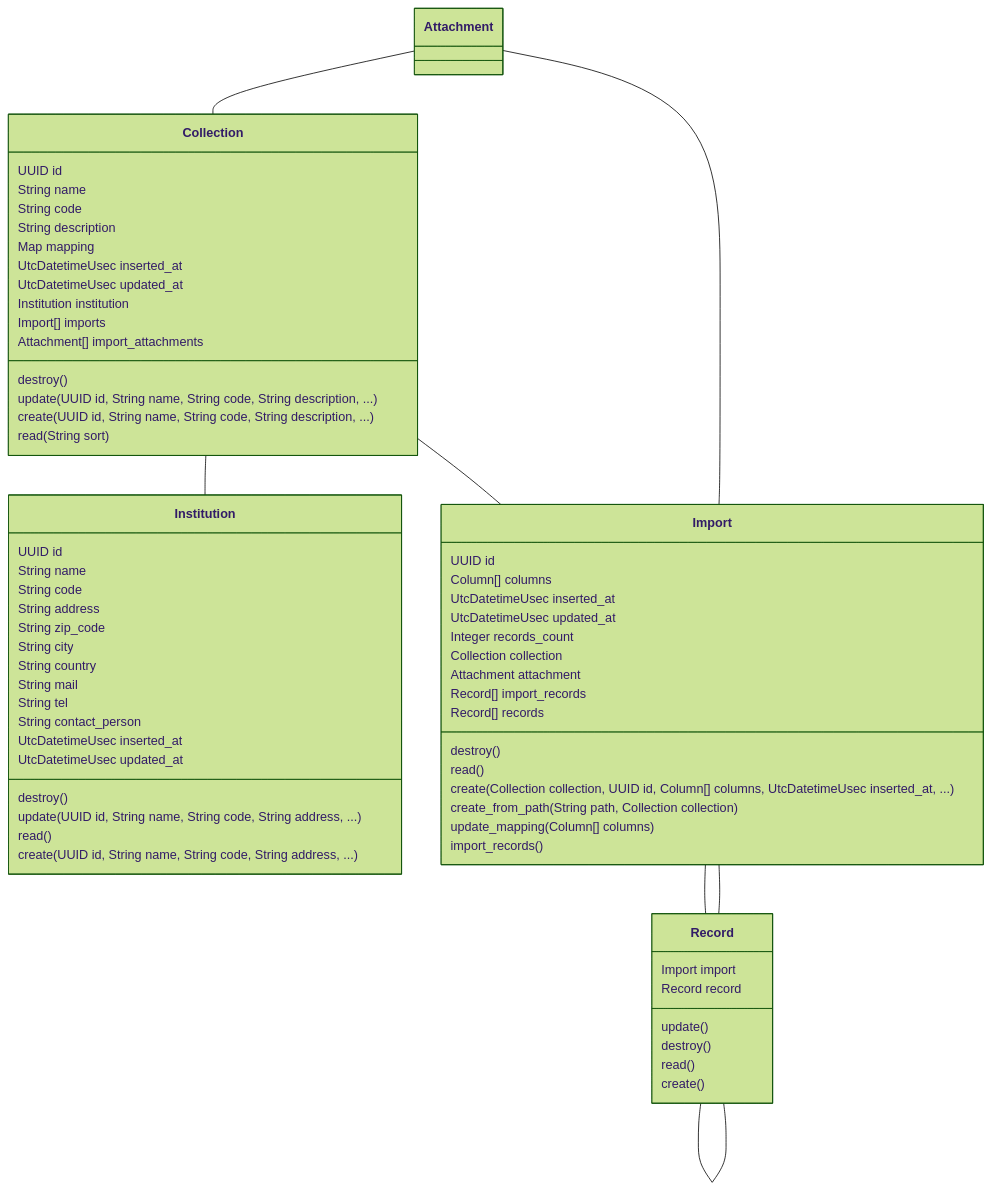
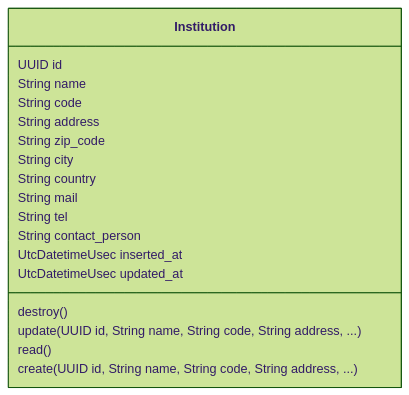
The diagram in lib/data_aggregator/platform/platform-mermaid-class-diagram.md (zebbra/data_aggregator), drawn with Mermaid (forest theme) before and after one commit. The commit also changed 87 other files, not shown here.

````diff
--- a/lib/data_aggregator/platform/platform-mermaid-class-diagram.md
+++ b/lib/data_aggregator/platform/platform-mermaid-class-diagram.md
@@ -1,71 +1,24 @@
 ```mermaid
 classDiagram
     class Institution {
         UUID id
         String name
         String code
         String address
         String zip_code
         String city
         String country
         String mail
         String tel
         String contact_person
         UtcDatetimeUsec inserted_at
         UtcDatetimeUsec updated_at
         destroy()
         update(UUID id, String name, String code, String address, ...)
         read()
         create(UUID id, String name, String code, String address, ...)
     }
-    class Collection {
-        UUID id
-        String name
-        String code
-        String description
-        Map mapping
-        UtcDatetimeUsec inserted_at
-        UtcDatetimeUsec updated_at
-        Institution institution
-        Import[] imports
-        Attachment[] import_attachments
-        destroy()
-        update(UUID id, String name, String code, String description, ...)
-        create(UUID id, String name, String code, String description, ...)
-        read(String sort)
-    }
-    class Import {
-        UUID id
-        Column[] columns
-        UtcDatetimeUsec inserted_at
-        UtcDatetimeUsec updated_at
-        Integer records_count
-        Collection collection
-        Attachment attachment
-        Record[] import_records
-        Record[] records
-        destroy()
-        read()
-        create(Collection collection, UUID id, Column[] columns, UtcDatetimeUsec inserted_at, ...)
-        create_from_path(String path, Collection collection)
-        update_mapping(Column[] columns)
-        import_records()
-    }
-    class Record {
-        Import import
-        Record record
-        update()
-        destroy()
-        read()
-        create()
-    }
 
-    Record -- Import
-    Record -- Record
-    Attachment -- Collection
-    Attachment -- Import
-    Collection -- Import
-    Collection -- Institution
-    Import -- Record
+
 
 ```
````
